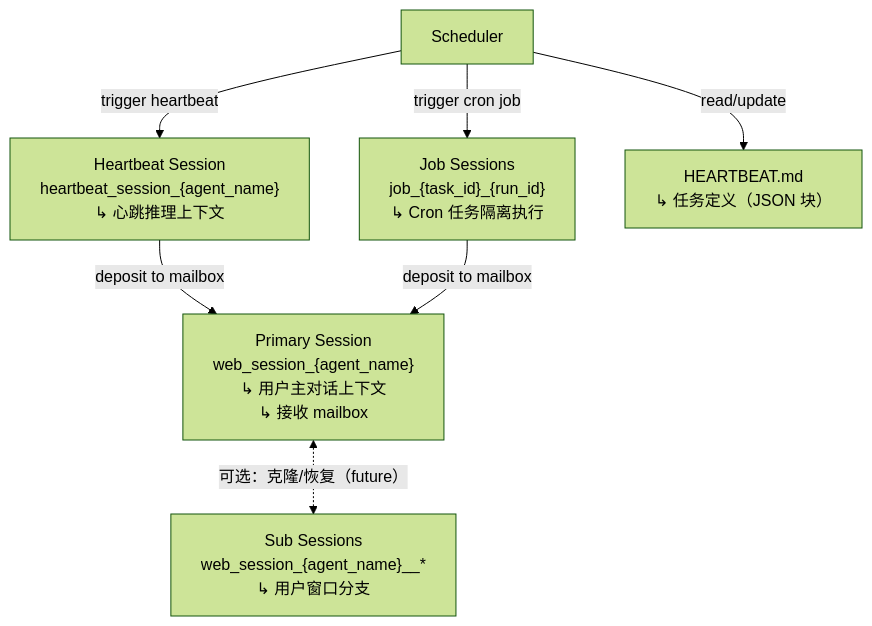
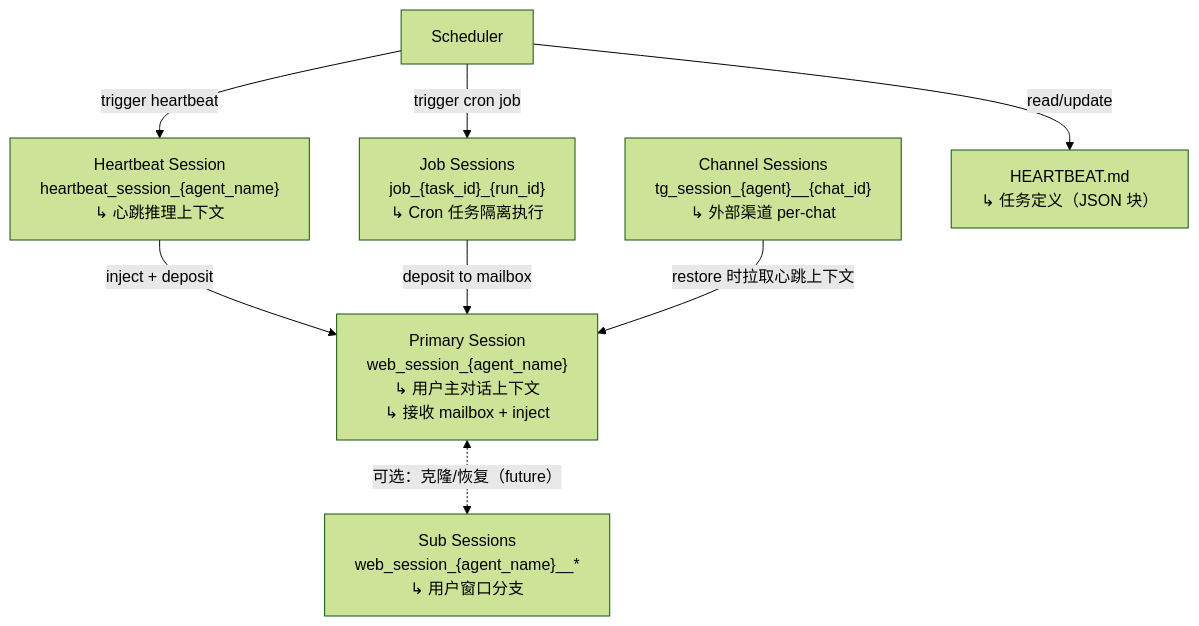
One commit to xforce-io/alfred changed the fourth of 4 diagrams in docs/runtime_design.md. Above: the diagram before and after it, drawn with Mermaid (forest theme). The commit also changed other lines of this file and 13 other files, not shown here.

First line of the commit message:
feat: inspector enrichment, telegram channel sessions, and session persistence improvements

````diff
--- a/docs/runtime_design.md
+++ b/docs/runtime_design.md
@@ -1428,15 +1599,17 @@
 ```mermaid
 flowchart TB
-  PS["Primary Session<br/>web_session_{agent_name}<br/>↳ 用户主对话上下文<br/>↳ 接收 mailbox"]
+  PS["Primary Session<br/>web_session_{agent_name}<br/>↳ 用户主对话上下文<br/>↳ 接收 mailbox + inject"]
   HS["Heartbeat Session<br/>heartbeat_session_{agent_name}<br/>↳ 心跳推理上下文"]
   JS["Job Sessions<br/>job_{task_id}_{run_id}<br/>↳ Cron 任务隔离执行"]
+  CS["Channel Sessions<br/>tg_session_{agent}__{chat_id}<br/>↳ 外部渠道 per-chat"]
   SS["Sub Sessions<br/>web_session_{agent_name}__*<br/>↳ 用户窗口分支"]
   HB["HEARTBEAT.md<br/>↳ 任务定义（JSON 块）"]
 
   Sched2["Scheduler"] -->|"trigger heartbeat"| HS
   Sched2 -->|"trigger cron job"| JS
   Sched2 -->|"read/update"| HB
-  HS -->|"deposit to mailbox"| PS
+  HS -->|"inject + deposit"| PS
   JS -->|"deposit to mailbox"| PS
+  CS -->|"restore 时拉取心跳上下文"| PS
   PS <-.->|"可选：克隆/恢复（future）"| SS
 ```
````
